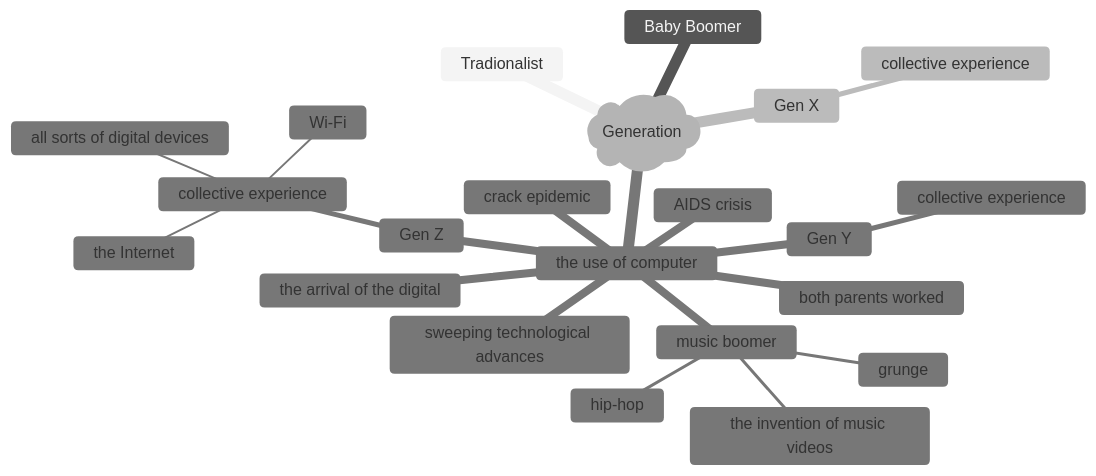
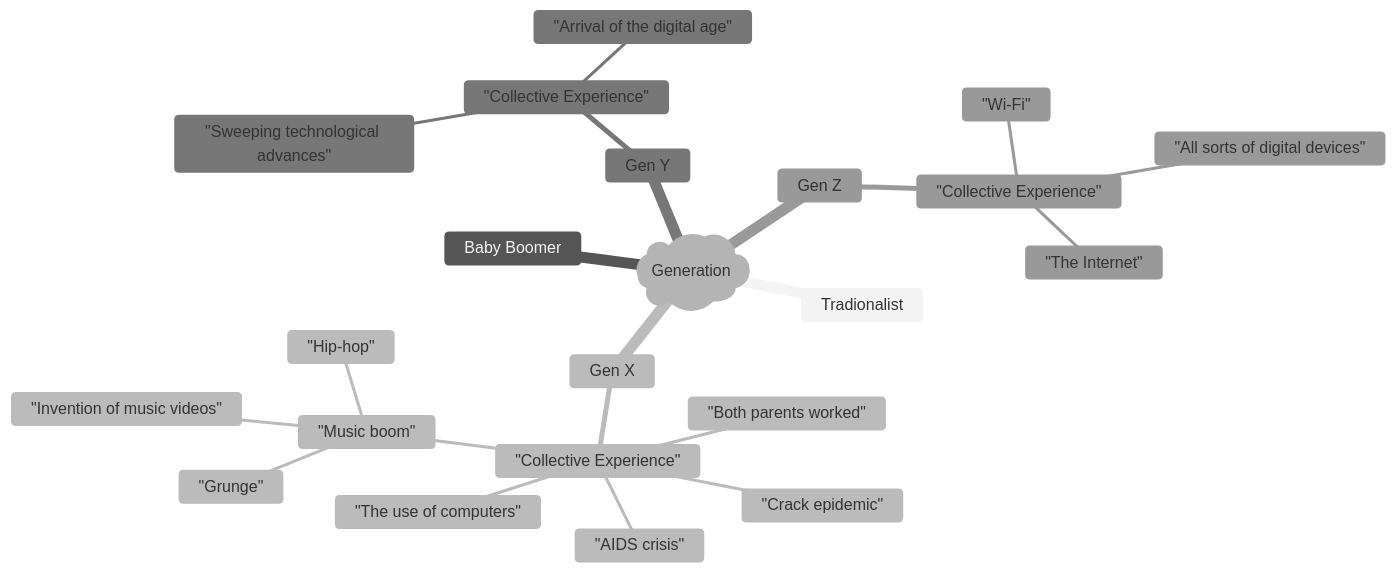
Before and after one commit to Charlie929-dot/charlie_vault: the diagram in 英语第一次作业.md, drawn with Mermaid (neutral theme).

Commit message:
vault backup: 2026-03-03 10:38:16

````diff
--- a/英语第一次作业.md
+++ b/英语第一次作业.md
@@ -3,25 +3,25 @@
 ```mermaid
 mindmap
   root)Generation(
     Tradionalist
     Baby Boomer
     Gen X
-	    collective experience
-			the use of computer
-		    both parents worked
-		    crack epidemic
-		    AIDS crisis
-		    music boomer
-			    the invention of music videos
-			    hip-hop
-			    grunge
+      "Collective Experience"
+        "The use of computers"
+        "Both parents worked"
+        "Crack epidemic"
+        "AIDS crisis"
+        "Music boom"
+          "Invention of music videos"
+          "Hip-hop"
+          "Grunge"
     Gen Y
-	    collective experience
-			 sweeping technological advances
-			 the arrival of the digital 
+      "Collective Experience"
+        "Sweeping technological advances"
+        "Arrival of the digital age"
     Gen Z
-	    collective experience
-		    all sorts of digital devices
-		    the Internet
-		    Wi-Fi
+      "Collective Experience"
+        "All sorts of digital devices"
+        "The Internet"
+        "Wi-Fi"
 ```
````
